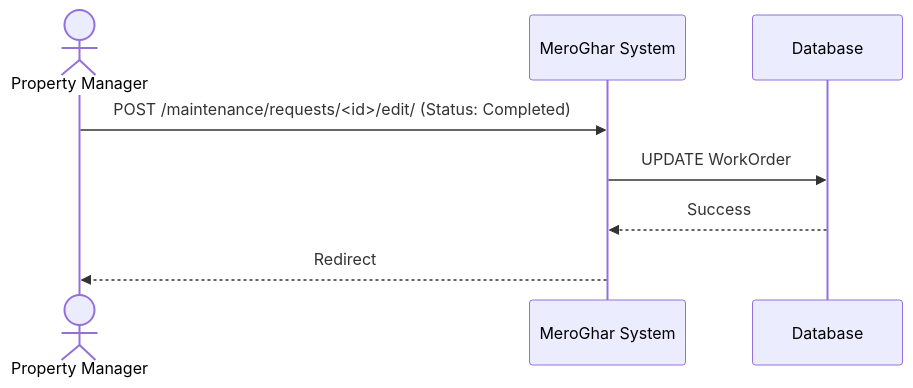
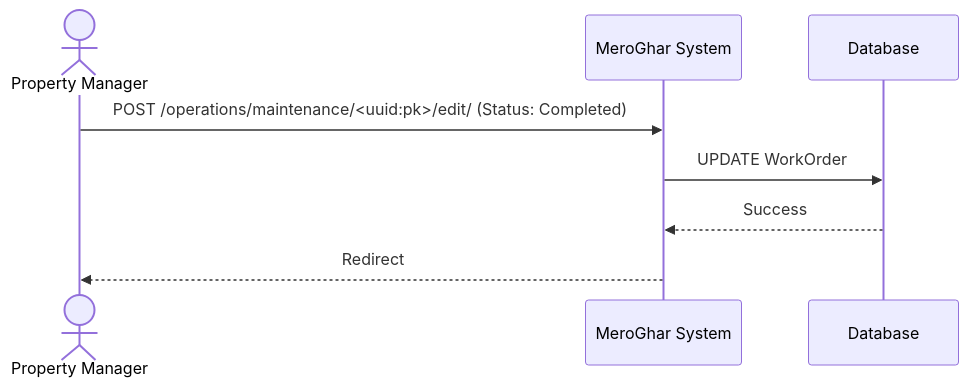
One commit to 0Ankit0/meroghar changed the third of 3 diagrams in docs/workflows/work_order.md. Above: the diagram before and after it, drawn with Mermaid. The commit also changed other lines of this file and 12 other files, not shown here.

````diff
--- a/docs/workflows/work_order.md
+++ b/docs/workflows/work_order.md
@@ -56,11 +56,11 @@
 ```mermaid
 sequenceDiagram
     actor Manager as Property Manager
     participant System as MeroGhar System
     participant DB as Database
 
-    Manager->>System: POST /maintenance/requests/<id>/edit/ (Status: Completed)
+    Manager->>System: POST /operations/maintenance/<uuid:pk>/edit/ (Status: Completed)
     System->>DB: UPDATE WorkOrder
     DB-->>System: Success
     System-->>Manager: Redirect
 ```
````
